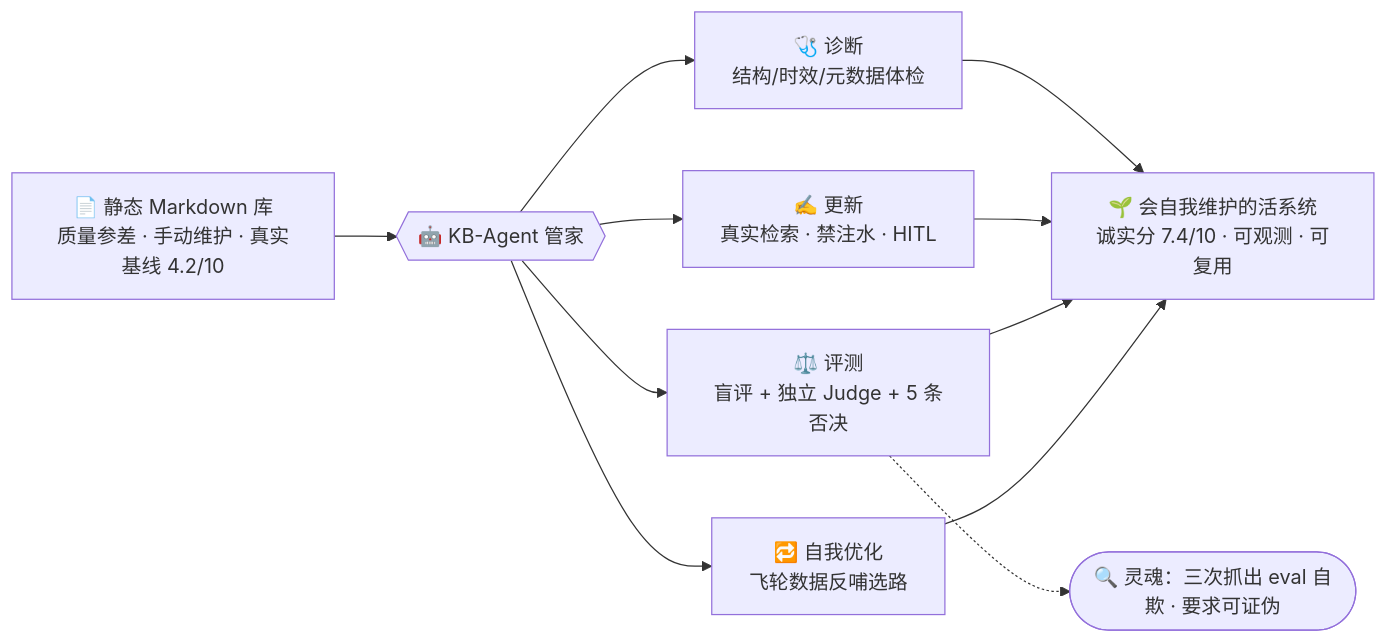
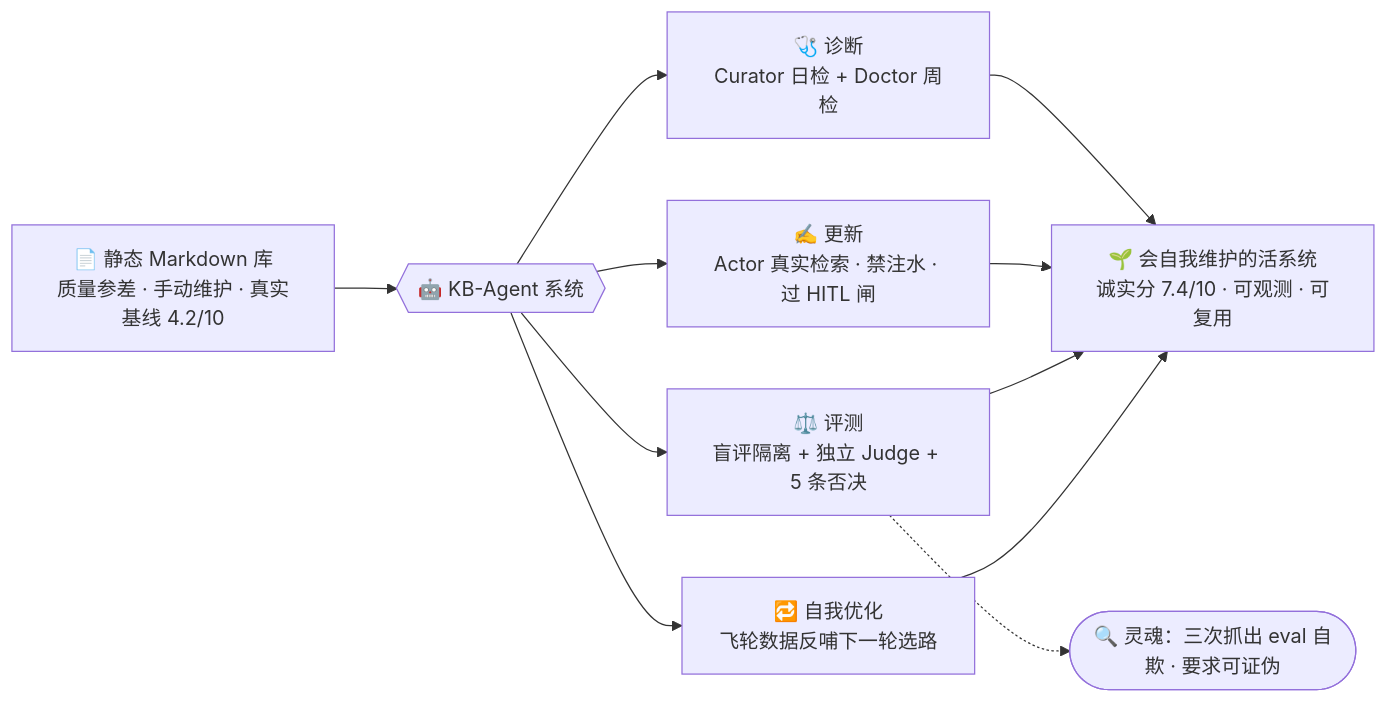
One commit to z1834691-coder/KB-Agent changed the first of 3 diagrams in README.md. Above: the diagram before and after it, drawn with Mermaid. The commit also changed other lines of this file, not shown here.

````diff
--- a/README.md
+++ b/README.md
@@ -19,10 +39,10 @@
 ```mermaid
 flowchart LR
-    A["📄 静态 Markdown 库<br/>质量参差 · 手动维护 · 真实基线 4.2/10"] --> B{{"🤖 KB-Agent 管家"}}
-    B --> C["🩺 诊断<br/>结构/时效/元数据体检"]
-    B --> D["✍️ 更新<br/>真实检索 · 禁注水 · HITL"]
-    B --> E["⚖️ 评测<br/>盲评 + 独立 Judge + 5 条否决"]
-    B --> F["🔁 自我优化<br/>飞轮数据反哺选路"]
+    A["📄 静态 Markdown 库<br/>质量参差 · 手动维护 · 真实基线 4.2/10"] --> B{{"🤖 KB-Agent 系统"}}
+    B --> C["🩺 诊断<br/>Curator 日检 + Doctor 周检"]
+    B --> D["✍️ 更新<br/>Actor 真实检索 · 禁注水 · 过 HITL 闸"]
+    B --> E["⚖️ 评测<br/>盲评隔离 + 独立 Judge + 5 条否决"]
+    B --> F["🔁 自我优化<br/>飞轮数据反哺下一轮选路"]
     C & D & E & F --> G["🌱 会自我维护的活系统<br/>诚实分 7.4/10 · 可观测 · 可复用"]
     E -.-> H(["🔍 灵魂：三次抓出 eval 自欺 · 要求可证伪"])
 ```
````
